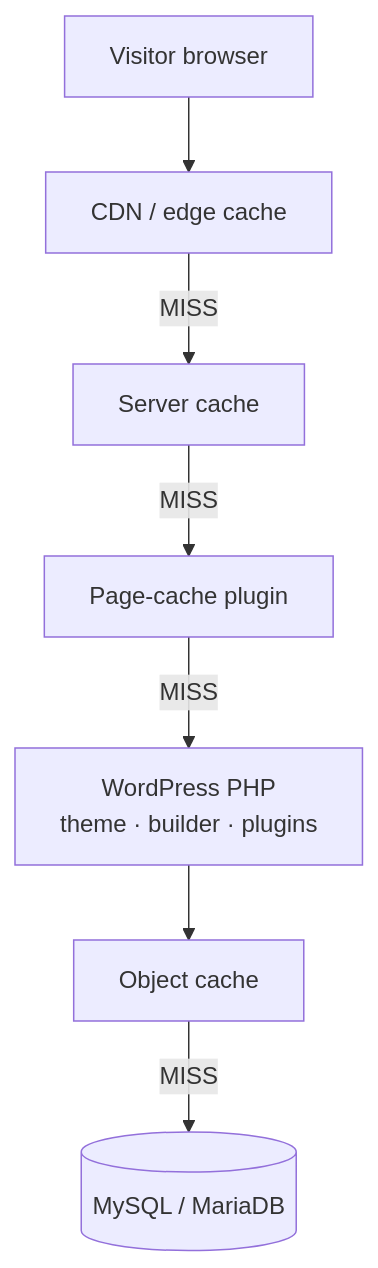
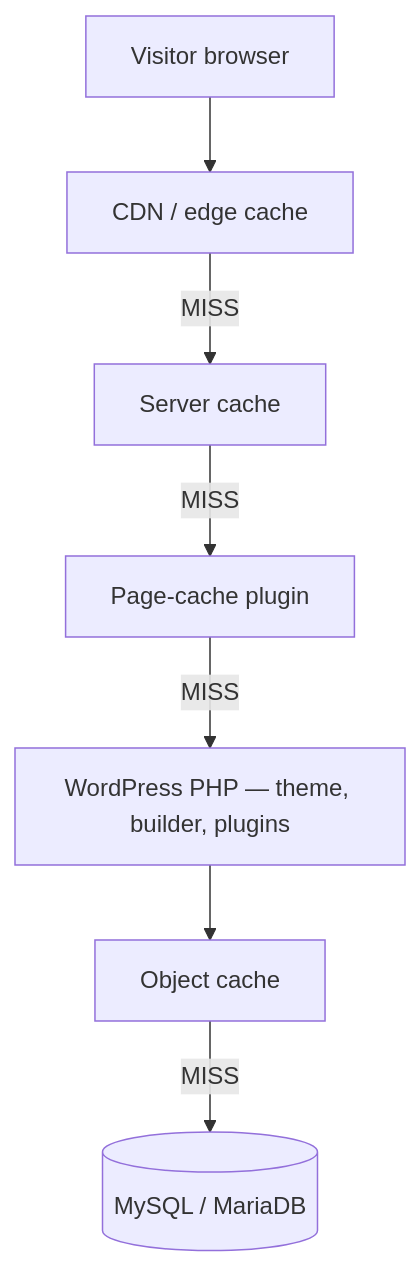
Before and after one commit to billylui/wordpress-performance-skills: the first of 3 diagrams in README.md, drawn with Mermaid. The commit also changed other lines of this file and 1 other file, not shown here.

First line of the commit message:
Stop the diagrams depending on HTML for their line breaks

````diff
--- a/README.md
+++ b/README.md
@@ -125,9 +125,9 @@
 ```mermaid
 flowchart TD
     V["Visitor browser"] --> E["CDN / edge cache"]
     E -->|MISS| S["Server cache"]
     S -->|MISS| P["Page-cache plugin"]
-    P -->|MISS| W["WordPress PHP<br/>theme · builder · plugins"]
+    P -->|MISS| W["WordPress PHP — theme, builder, plugins"]
     W --> O["Object cache"]
     O -->|MISS| D[("MySQL / MariaDB")]
 ```
````
